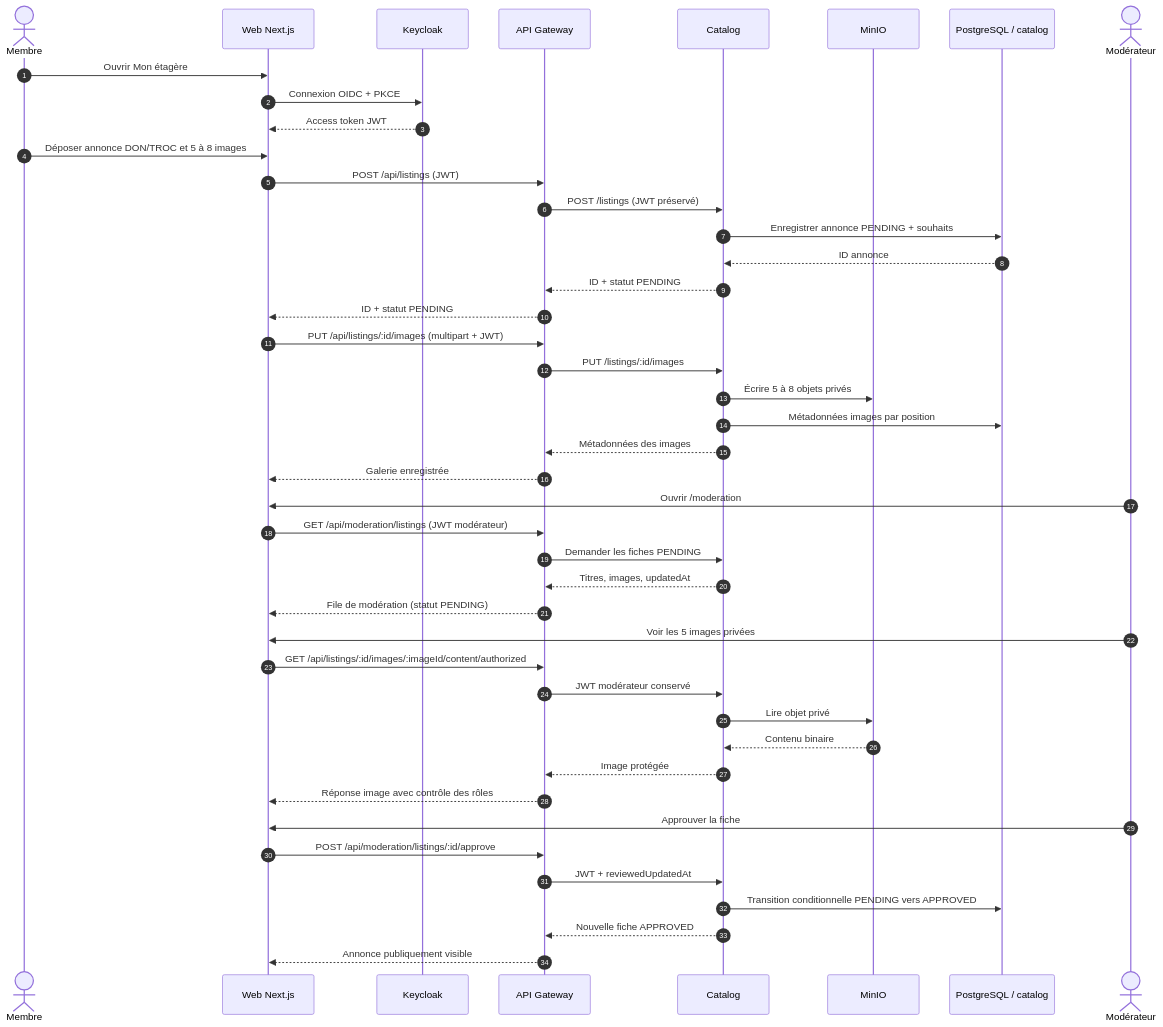
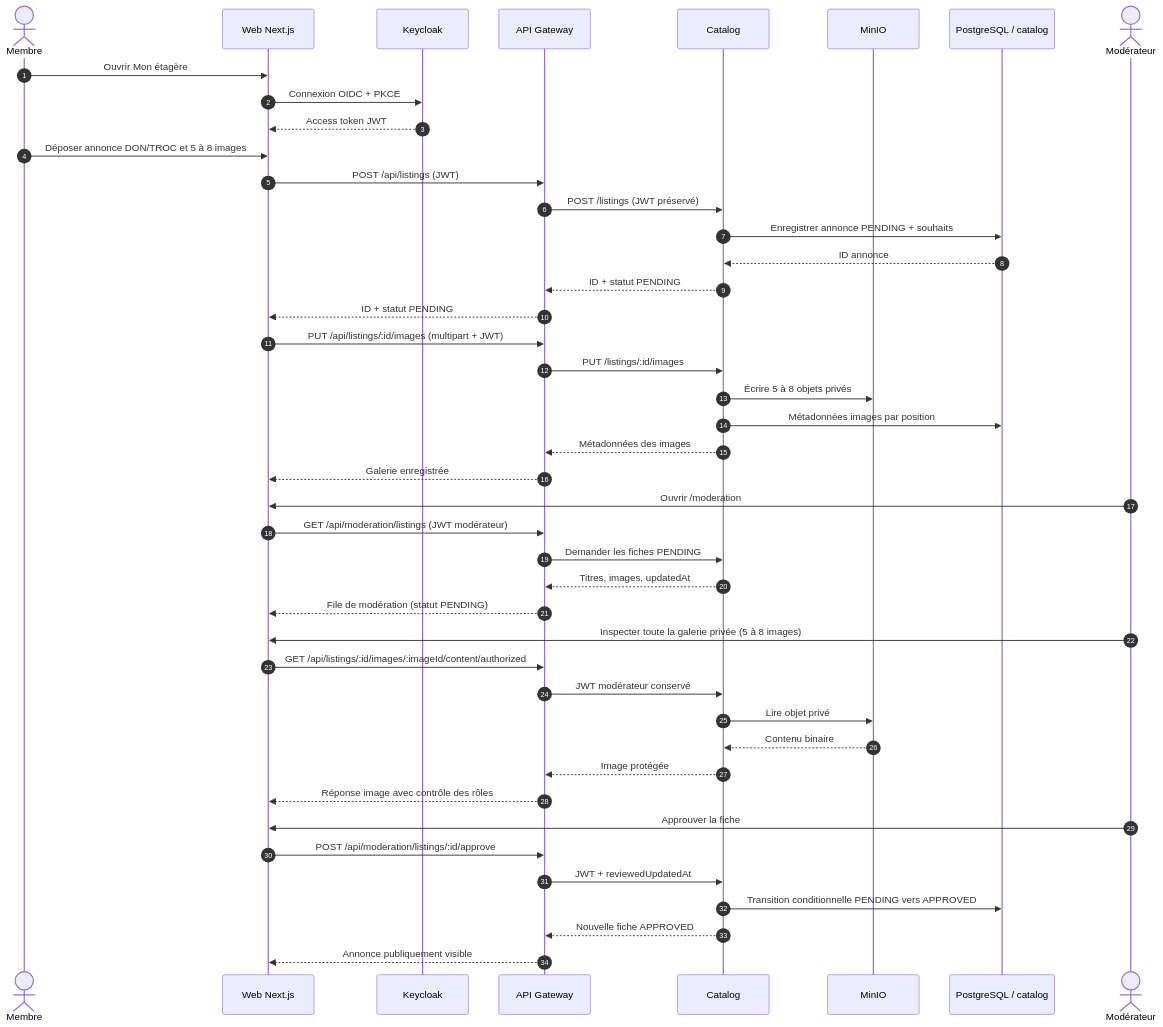
Before and after one commit to BALLOPROTEL/Projet_indiV26-espace-com-troc-don: the second of 6 diagrams in docs/24-m10-architecture-finale.md, drawn with Mermaid. The commit also changed other lines of this file, not shown here.

Commit message:
docs(#57): fix sequence Gateway responses, publisher confirms and event retention

````diff
--- a/docs/24-m10-architecture-finale.md
+++ b/docs/24-m10-architecture-finale.md
@@ -61,47 +61,47 @@
 ```mermaid
 sequenceDiagram
     autonumber
     actor Member as Membre
     participant Web as Web Next.js
     participant KC as Keycloak
     participant GW as API Gateway
     participant Cat as Catalog
     participant Min as MinIO
     participant DB as PostgreSQL / catalog
     actor Mod as Modérateur
 
     Member->>Web: Ouvrir Mon étagère
     Web->>KC: Connexion OIDC + PKCE
     KC-->>Web: Access token JWT
     Member->>Web: Déposer annonce DON/TROC et 5 à 8 images
     Web->>GW: POST /api/listings (JWT)
     GW->>Cat: POST /listings (JWT préservé)
     Cat->>DB: Enregistrer annonce PENDING + souhaits
     DB-->>Cat: ID annonce
     Cat-->>GW: ID + statut PENDING
     GW-->>Web: ID + statut PENDING
     Web->>GW: PUT /api/listings/:id/images (multipart + JWT)
     GW->>Cat: PUT /listings/:id/images
     Cat->>Min: Écrire 5 à 8 objets privés
     Cat->>DB: Métadonnées images par position
     Cat-->>GW: Métadonnées des images
     GW-->>Web: Galerie enregistrée
     Mod->>Web: Ouvrir /moderation
     Web->>GW: GET /api/moderation/listings (JWT modérateur)
     GW->>Cat: Demander les fiches PENDING
     Cat-->>GW: Titres, images, updatedAt
     GW-->>Web: File de modération (statut PENDING)
-    Mod->>Web: Voir les 5 images privées
+    Mod->>Web: Inspecter toute la galerie privée (5 à 8 images)
     Web->>GW: GET /api/listings/:id/images/:imageId/content/authorized
     GW->>Cat: JWT modérateur conservé
     Cat->>Min: Lire objet privé
     Min-->>Cat: Contenu binaire
     Cat-->>GW: Image protégée
     GW-->>Web: Réponse image avec contrôle des rôles
     Mod->>Web: Approuver la fiche
     Web->>GW: POST /api/moderation/listings/:id/approve
     GW->>Cat: JWT + reviewedUpdatedAt
     Cat->>DB: Transition conditionnelle PENDING vers APPROVED
     Cat-->>GW: Nouvelle fiche APPROVED
     GW-->>Web: Annonce publiquement visible
 ```
````
